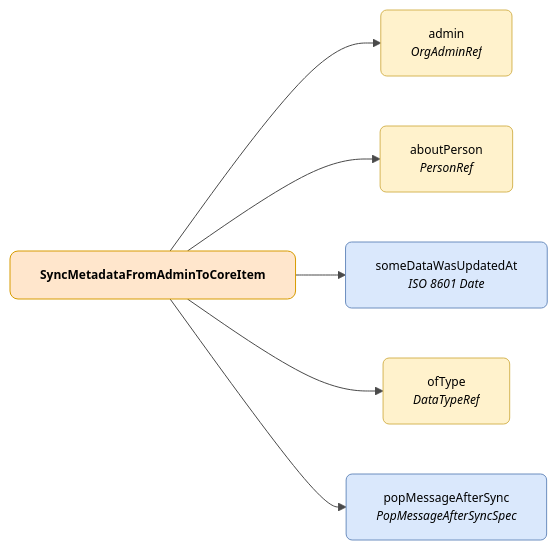
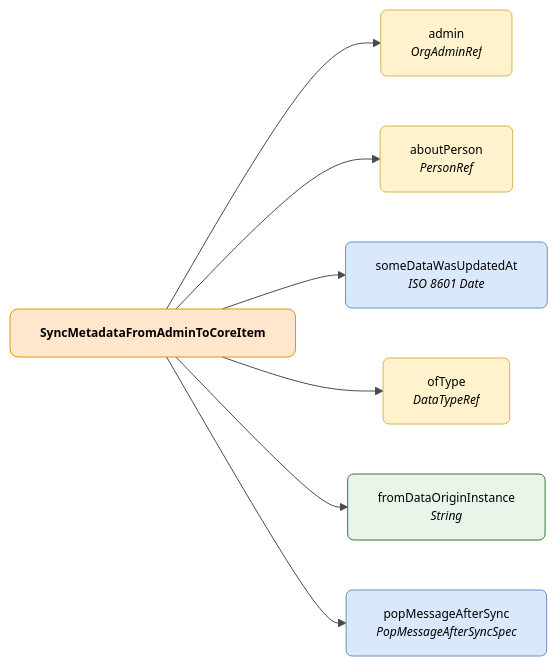
Before and after one commit to DENA-Euskadi/dena-euskadi.github.io: the diagram in docs/semantica/metadata-sync/modelo/sync-metadata-from-admin-to-core-item.en.md, drawn with Mermaid. The commit also changed other lines of this file and 43 other files, not shown here.

````diff
--- a/docs/semantica/metadata-sync/modelo/sync-metadata-from-admin-to-core-item.en.md
+++ b/docs/semantica/metadata-sync/modelo/sync-metadata-from-admin-to-core-item.en.md
@@ -7,32 +7,34 @@
 ```mermaid
 ---
 config:
   theme: base
   themeVariables:
     primaryColor: "#FFFFFF"
     primaryTextColor: "#000000"
     primaryBorderColor: "#CCCCCC"
     lineColor: "#4A4A4A"
     fontSize: "12px"
 ---
 flowchart LR
     SYNC["<b>SyncMetadataFromAdminToCoreItem</b>"]
 
     SYNC --> ADMIN["admin<br/><i>OrgAdminRef</i>"]
     SYNC --> PERSON["aboutPerson<br/><i>PersonRef</i>"]
     SYNC --> DATE["someDataWasUpdatedAt<br/><i>ISO 8601 Date</i>"]
     SYNC --> TYPE["ofType<br/><i>DataTypeRef</i>"]
+    SYNC --> ORIGIN["fromDataOriginInstance<br/><i>String</i>"]
     SYNC --> MESSAGE["popMessageAfterSync<br/><i>PopMessageAfterSyncSpec</i>"]
 
     style SYNC fill:#ffe6cc,stroke:#d79b00,color:#000000,rx:8,ry:8
     style ADMIN fill:#fff2cc,stroke:#d6b656,color:#000000,rx:6,ry:6
     style PERSON fill:#fff2cc,stroke:#d6b656,color:#000000,rx:6,ry:6
     style DATE fill:#dae8fc,stroke:#6c8ebf,color:#000000,rx:6,ry:6
     style TYPE fill:#fff2cc,stroke:#d6b656,color:#000000,rx:6,ry:6
     style MESSAGE fill:#dae8fc,stroke:#6c8ebf,color:#000000,rx:6,ry:6
+    style ORIGIN fill:#e8f5e8,stroke:#2e7d32,color:#000000,rx:6,ry:6
 
-    click ADMIN "../../semantica-base/modelo/org-admin-ref/" "View OrgAdminRef"
-    click PERSON "../../semantica-base/modelo/person-ref/" "View PersonRef"
-    click TYPE "../../semantica-base/modelo/data-type-ref/" "View DataTypeRef"
-    click MESSAGE "../modelo/pop-message-after-sync-spec/" "View PopMessageAfterSyncSpec"
+    click ADMIN "../../../semantica-base/modelo/org-admin-ref/" "View OrgAdminRef"
+    click PERSON "../../../semantica-base/modelo/person-ref/" "View PersonRef"
+    click TYPE "../../../semantica-base/modelo/data-type-ref/" "View DataTypeRef"
+    click MESSAGE "../pop-message-after-sync-spec/" "View PopMessageAfterSyncSpec"
 ```
````
